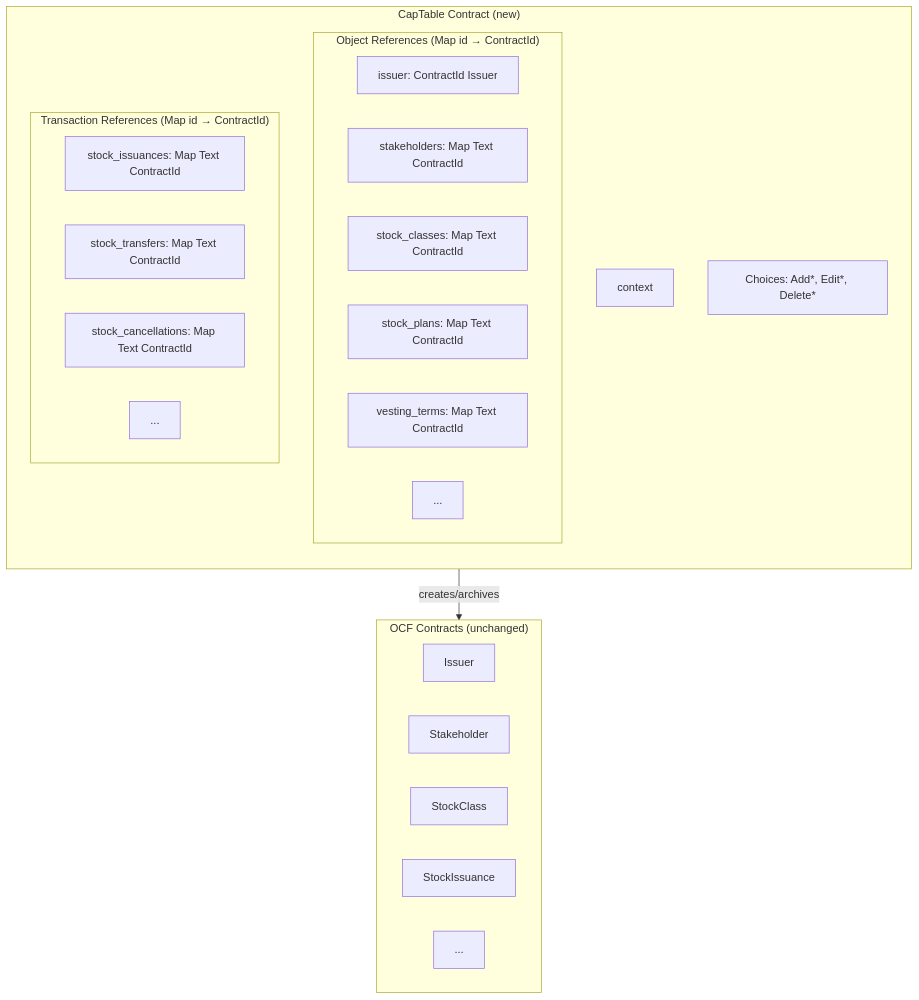
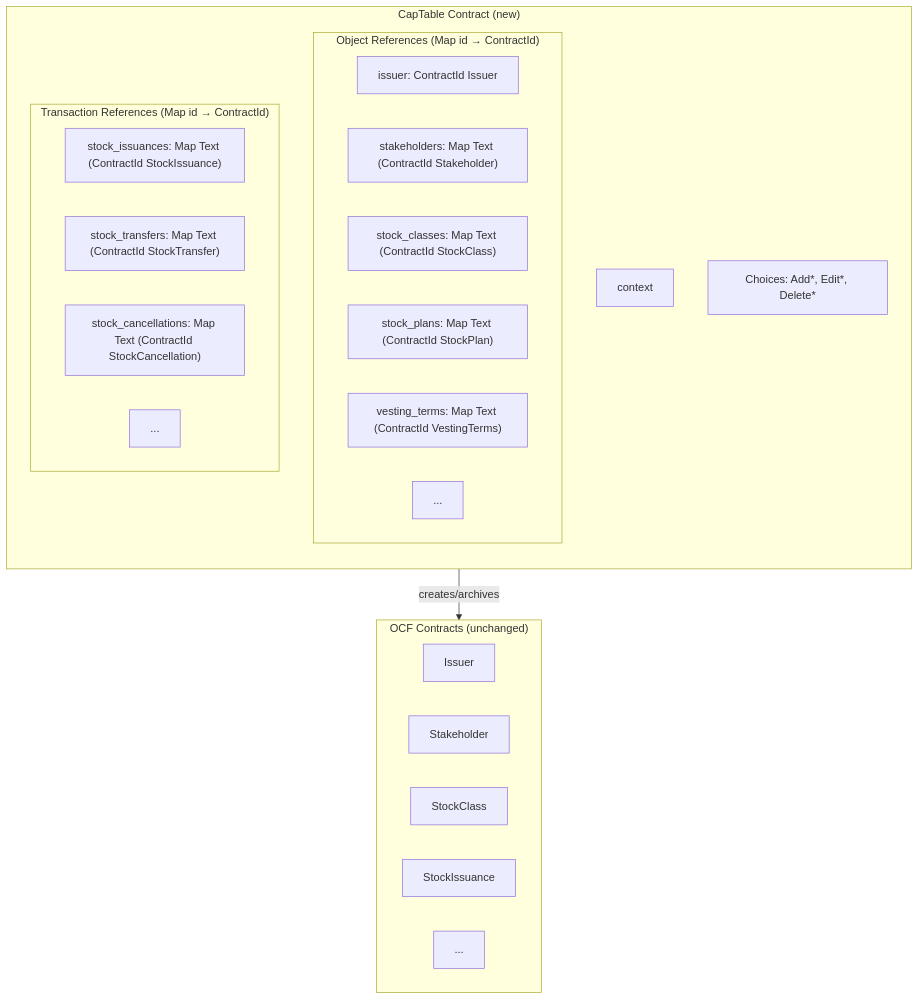
The diagram in docs/adr/002-stateful-issuer-with-position-tracking.md (Fairmint/open-captable-protocol-daml), drawn with Mermaid before and after one commit. The commit also changed other lines of this file, not shown here.

Commit message:
Refactor CapTable contract and ADR for state management

````diff
--- a/docs/adr/002-stateful-issuer-with-position-tracking.md
+++ b/docs/adr/002-stateful-issuer-with-position-tracking.md
@@ -47,35 +47,35 @@
 ```mermaid
 graph TB
     subgraph CapTable["CapTable Contract (new)"]
         direction TB
         Meta["context"]
 
         subgraph Objects["Object References (Map id → ContractId)"]
             O0["issuer: ContractId Issuer"]
-            O1["stakeholders: Map Text ContractId"]
-            O2["stock_classes: Map Text ContractId"]
-            O3["stock_plans: Map Text ContractId"]
-            O4["vesting_terms: Map Text ContractId"]
+            O1["stakeholders: Map Text (ContractId Stakeholder)"]
+            O2["stock_classes: Map Text (ContractId StockClass)"]
+            O3["stock_plans: Map Text (ContractId StockPlan)"]
+            O4["vesting_terms: Map Text (ContractId VestingTerms)"]
             O5["..."]
         end
 
         subgraph Transactions["Transaction References (Map id → ContractId)"]
-            T1["stock_issuances: Map Text ContractId"]
-            T2["stock_transfers: Map Text ContractId"]
-            T3["stock_cancellations: Map Text ContractId"]
+            T1["stock_issuances: Map Text (ContractId StockIssuance)"]
+            T2["stock_transfers: Map Text (ContractId StockTransfer)"]
+            T3["stock_cancellations: Map Text (ContractId StockCancellation)"]
             T4["..."]
         end
 
         Choices["Choices: Add*, Edit*, Delete*"]
     end
 
     CapTable -->|creates/archives| OCF["OCF Object Contracts"]
 
     subgraph OCF["OCF Contracts (unchanged)"]
         C0[Issuer]
         C1[Stakeholder]
         C2[StockClass]
         C3[StockIssuance]
         C4[...]
     end
 ```
````
